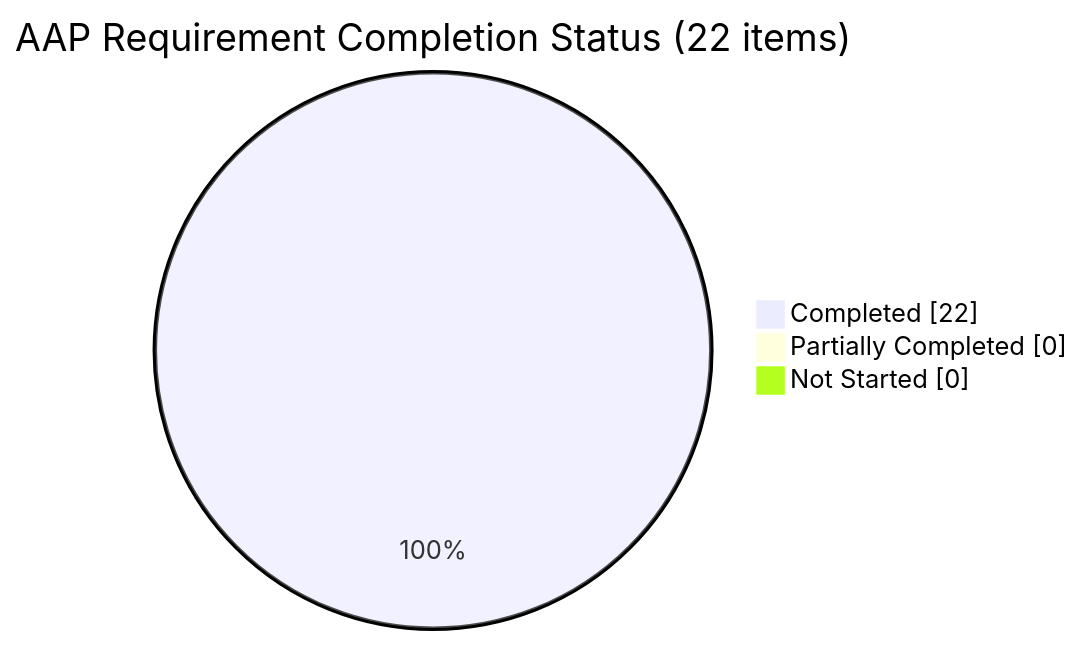
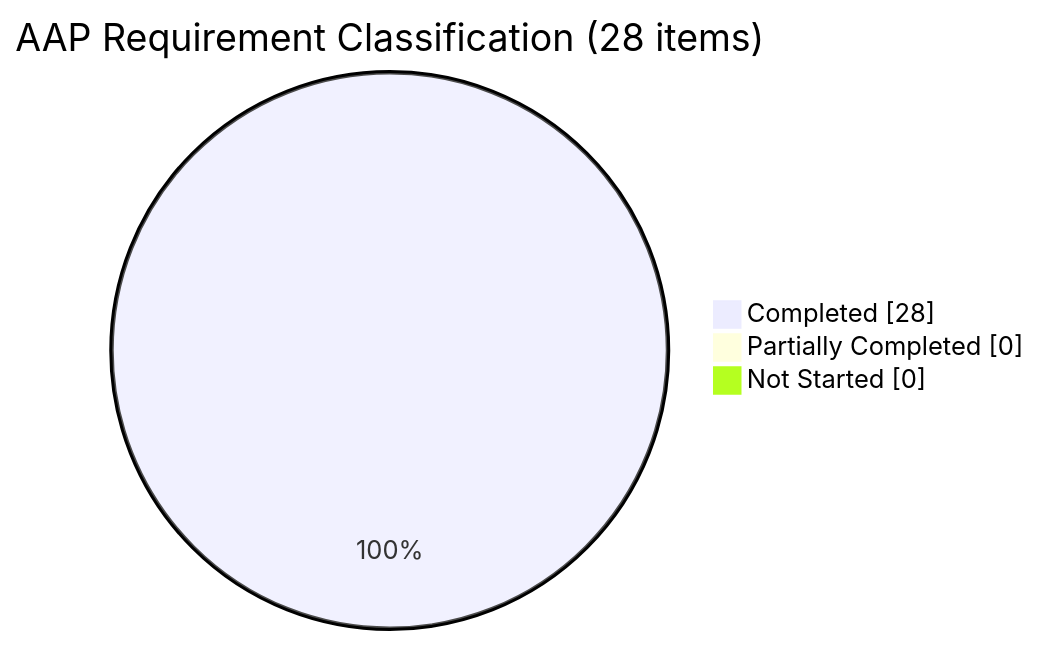
One commit to shaliniblitzy/20April_- changed the third of 5 diagrams in blitzy/documentation/Project Guide.md. Above: the diagram before and after it, drawn with Mermaid. The commit also changed other lines of this file, not shown here.

Commit message:
Adding Blitzy Project Guide: Project Status and Human Tasks Remaining

````diff
--- a/blitzy/documentation/Project Guide.md
+++ b/blitzy/documentation/Project Guide.md
@@ -263,6 +293,6 @@
 ```mermaid
-pie showData title AAP Requirement Completion Status (22 items)
-    "Completed" : 22
+pie showData title AAP Requirement Classification (28 items)
+    "Completed" : 28
     "Partially Completed" : 0
     "Not Started" : 0
 ```
````
